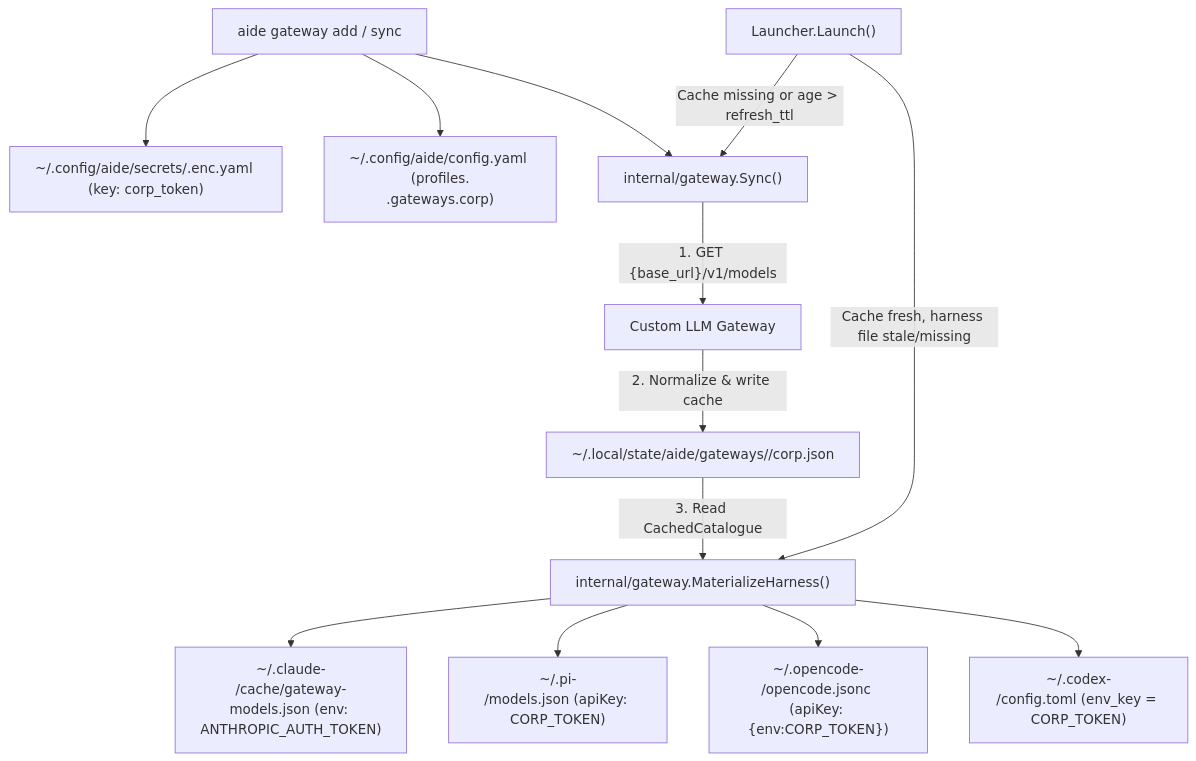
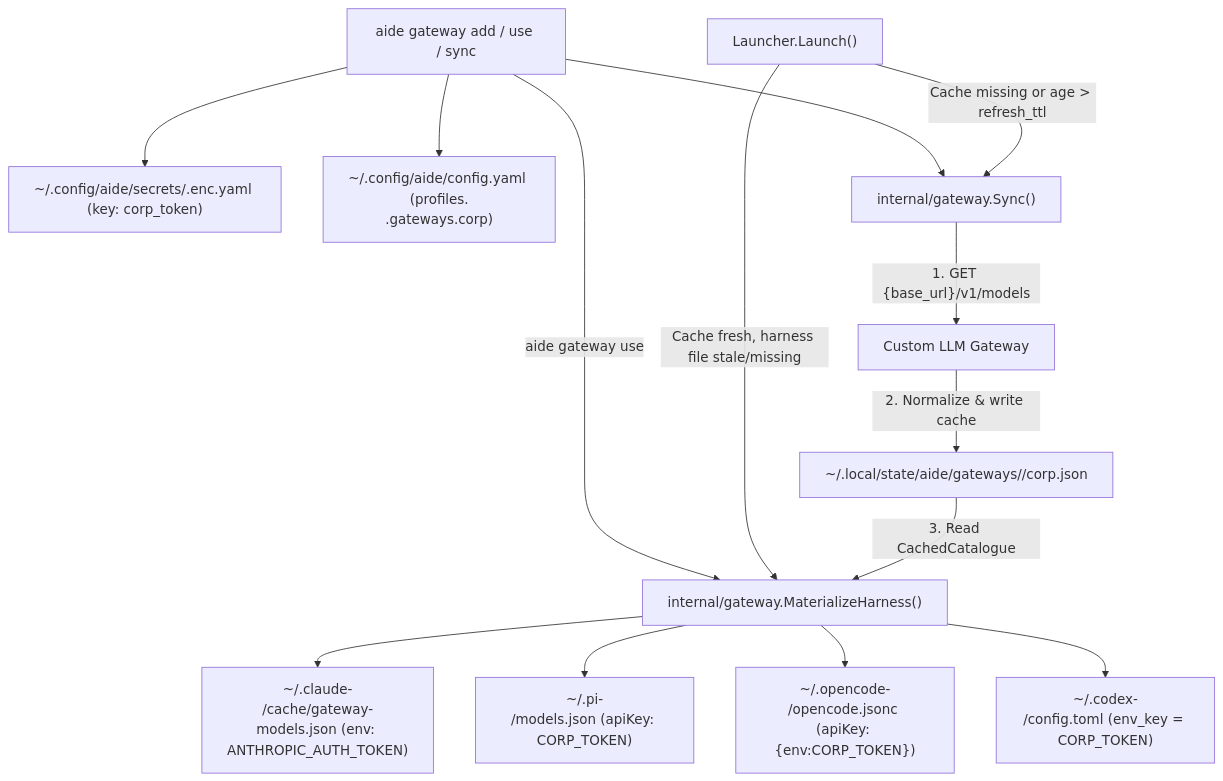
Before and after one commit to jskswamy/aide: the diagram in docs/designs/gateway/design.md, drawn with Mermaid. The commit also changed other lines of this file and 27 other files, not shown here.

First line of the commit message:
Add aide gateway use and per-harness defaults

````diff
--- a/docs/designs/gateway/design.md
+++ b/docs/designs/gateway/design.md
@@ -85,15 +88,16 @@
 ```mermaid
 flowchart TD
-    CLI["aide gateway add / sync"] --> SecretStore["~/.config/aide/secrets/<store>.enc.yaml (key: corp_token)"]
+    CLI["aide gateway add / use / sync"] --> SecretStore["~/.config/aide/secrets/<store>.enc.yaml (key: corp_token)"]
     CLI --> ConfigYAML["~/.config/aide/config.yaml (profiles.<p>.gateways.corp)"]
     CLI --> SyncEngine["internal/gateway.Sync()"]
+    CLI -->|"aide gateway use"| Materialize["internal/gateway.MaterializeHarness()"]
     Launcher["Launcher.Launch()"] -->|"Cache missing or age > refresh_ttl"| SyncEngine
-    Launcher -->|"Cache fresh, harness file stale/missing"| Materialize["internal/gateway.MaterializeHarness()"]
+    Launcher -->|"Cache fresh, harness file stale/missing"| Materialize
     SyncEngine -->|"1. GET {base_url}/v1/models"| RemoteGW["Custom LLM Gateway"]
     RemoteGW -->|"2. Normalize & write cache"| StateCache["~/.local/state/aide/gateways/<profile>/corp.json"]
     StateCache -->|"3. Read CachedCatalogue"| Materialize
     Materialize --> ClaudeCfg["~/.claude-<p>/cache/gateway-models.json (env: ANTHROPIC_AUTH_TOKEN)"]
     Materialize --> PiCfg["~/.pi-<p>/models.json (apiKey: CORP_TOKEN)"]
     Materialize --> OpenCodeCfg["~/.opencode-<p>/opencode.jsonc (apiKey: {env:CORP_TOKEN})"]
     Materialize --> CodexCfg["~/.codex-<p>/config.toml (env_key = CORP_TOKEN)"]
 ```
````
